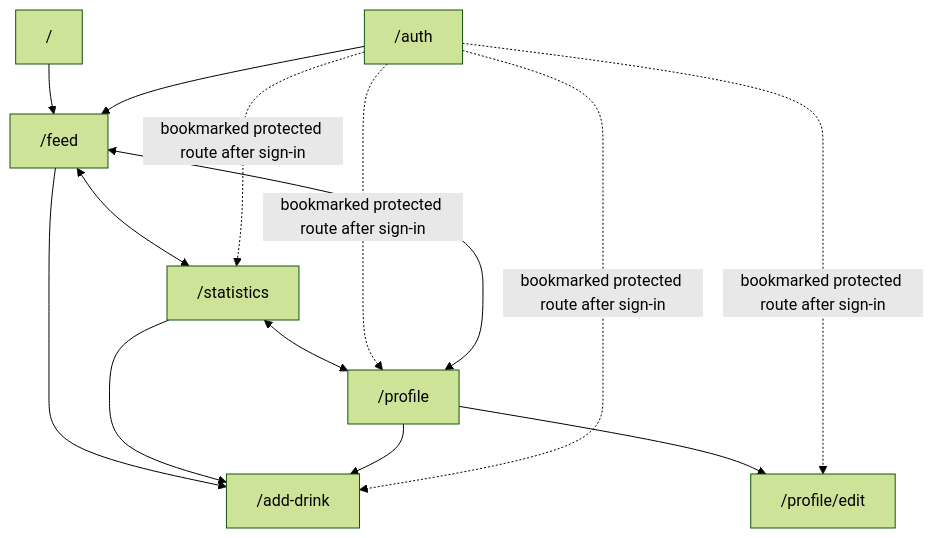
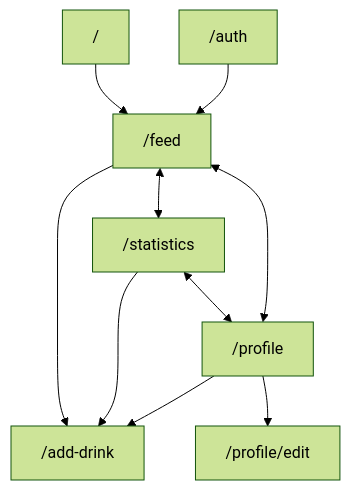
Before and after one commit to donjoergo/glasstrail: the first of 3 diagrams in README.md, drawn with Mermaid (forest theme). The commit also changed other lines of this file and 3 other files, not shown here.

Commit message:
fix(auth): always route to feed after auth

````diff
--- a/README.md
+++ b/README.md
@@ -42,20 +42,16 @@
 ```mermaid
 flowchart TD
     Root["/"] --> Feed["/feed"]
 
     Feed <--> Statistics["/statistics"]
     Statistics <--> Profile["/profile"]
     Profile <--> Feed
 
     Feed --> AddDrink["/add-drink"]
     Statistics --> AddDrink
     Profile --> AddDrink
 
     Profile --> EditProfile["/profile/edit"]
 
     Auth["/auth"] --> Feed
-    Auth -. bookmarked protected route after sign-in .-> Statistics
-    Auth -. bookmarked protected route after sign-in .-> Profile
-    Auth -. bookmarked protected route after sign-in .-> AddDrink
-    Auth -. bookmarked protected route after sign-in .-> EditProfile
 ```
````
